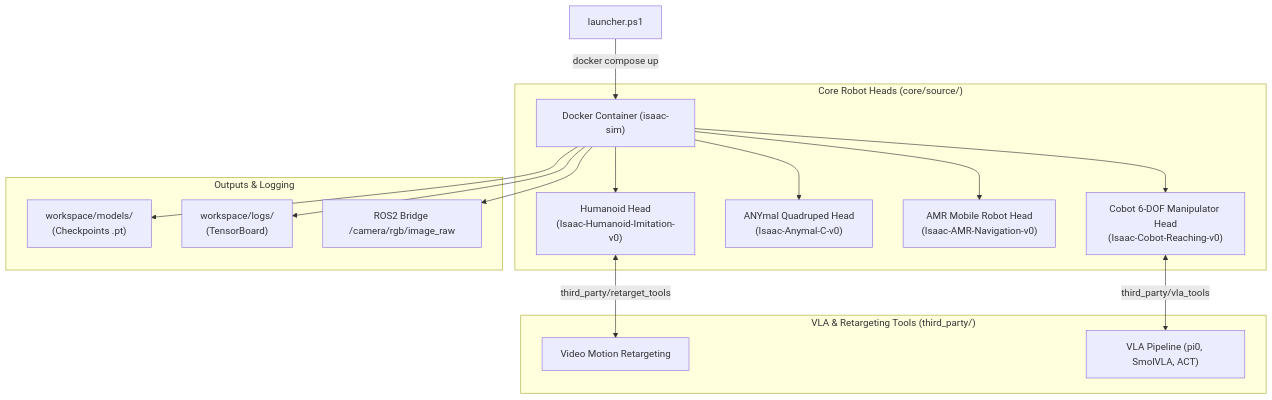
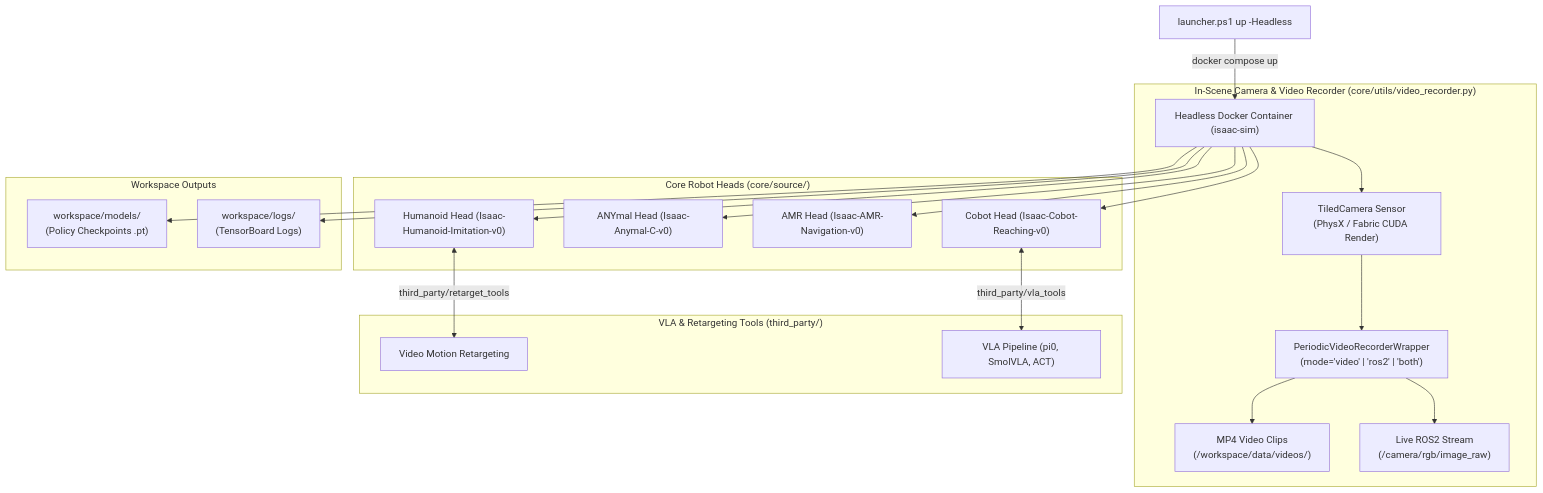
One commit to hazeezadebayo/viro_isaaclab changed the diagram in README.md. Above: the diagram before and after it, drawn with Mermaid. The commit also changed other lines of this file and 5 other files, not shown here.

````diff
--- a/README.md
+++ b/README.md
@@ -9,22 +9,28 @@
 ```mermaid
 graph TD
-    A["launcher.ps1"] -->|"docker compose up"| B["Docker Container (isaac-sim)"]
+    A["launcher.ps1 up -Headless"] -->|"docker compose up"| B["Headless Docker Container (isaac-sim)"]
     
+    subgraph "In-Scene Camera & Video Recorder (core/utils/video_recorder.py)"
+        B --> C["TiledCamera Sensor\n(PhysX / Fabric CUDA Render)"]
+        C --> D["PeriodicVideoRecorderWrapper\n(mode='video' | 'ros2' | 'both')"]
+        D --> E["MP4 Video Clips\n(/workspace/data/videos/)"]
+        D --> F["Live ROS2 Stream\n(/camera/rgb/image_raw)"]
+    end
+
     subgraph "Core Robot Heads (core/source/)"
-        B --> C["Humanoid Head\n(Isaac-Humanoid-Imitation-v0)"]
-        B --> D["ANYmal Quadruped Head\n(Isaac-Anymal-C-v0)"]
-        B --> E["AMR Mobile Robot Head\n(Isaac-AMR-Navigation-v0)"]
-        B --> F["Cobot 6-DOF Manipulator Head\n(Isaac-Cobot-Reaching-v0)"]
+        B --> G["Humanoid Head (Isaac-Humanoid-Imitation-v0)"]
+        B --> H["ANYmal Head (Isaac-Anymal-C-v0)"]
+        B --> I["AMR Head (Isaac-AMR-Navigation-v0)"]
+        B --> J["Cobot Head (Isaac-Cobot-Reaching-v0)"]
     end
 
     subgraph "VLA & Retargeting Tools (third_party/)"
-        C <-- "third_party/retarget_tools" --> G["Video Motion Retargeting"]
-        F <-- "third_party/vla_tools" --> H["VLA Pipeline (pi0, SmolVLA, ACT)"]
+        G <-- "third_party/retarget_tools" --> K["Video Motion Retargeting"]
+        J <-- "third_party/vla_tools" --> L["VLA Pipeline (pi0, SmolVLA, ACT)"]
     end
 
-    subgraph "Outputs & Logging"
-        B --> I["workspace/models/\n(Checkpoints .pt)"]
-        B --> J["workspace/logs/\n(TensorBoard)"]
-        B --> K["ROS2 Bridge /camera/rgb/image_raw"]
+    subgraph "Workspace Outputs"
+        B --> M["workspace/models/\n(Policy Checkpoints .pt)"]
+        B --> N["workspace/logs/\n(TensorBoard Logs)"]
     end
 ```
````
